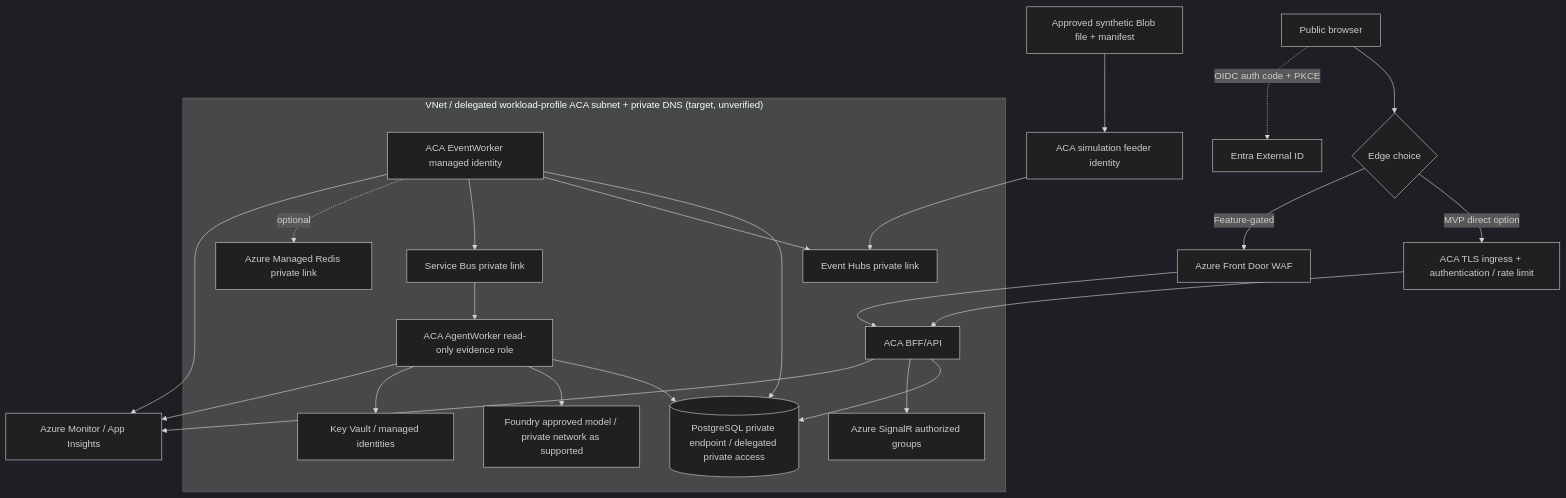
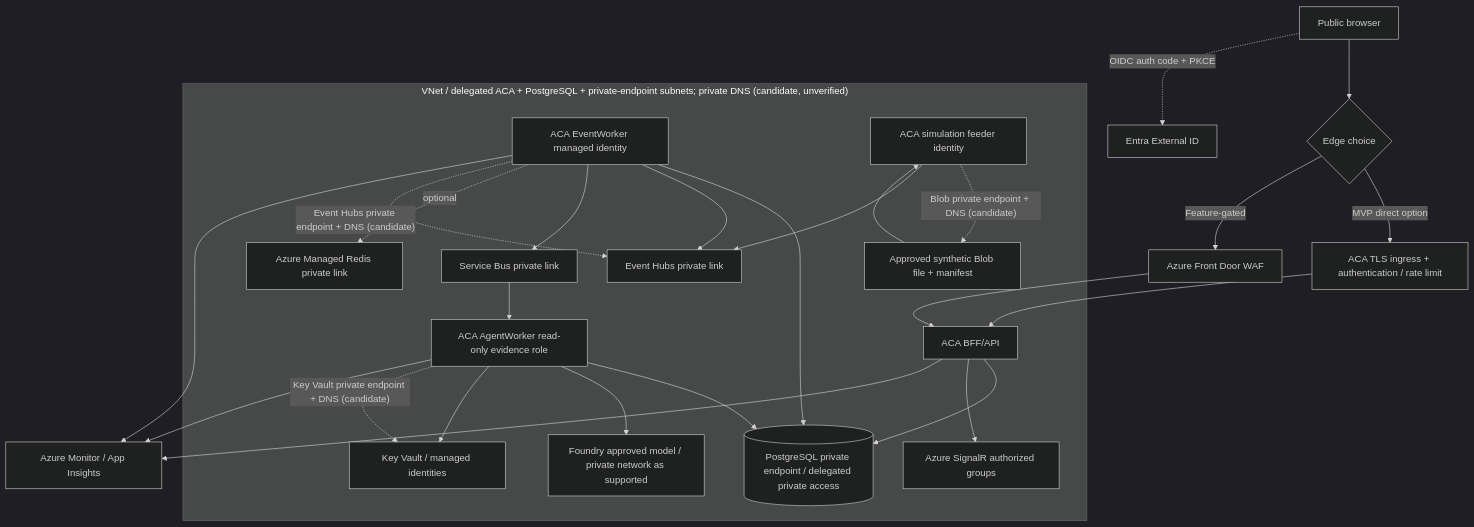
Before and after one commit to prateekgangopadhyay/PitchMind: the second of 2 diagrams in docs/architecture/04-deployment.md, drawn with Mermaid (dark theme). The commit also changed other lines of this file and 4 other files, not shown here.

Commit message:
feat(infra): add candidate private service paths

````diff
--- a/docs/architecture/04-deployment.md
+++ b/docs/architecture/04-deployment.md
@@ -23,26 +23,29 @@
 ```mermaid
 flowchart TB
   User["Public browser"] --> EDGE{"Edge choice"}
   EDGE -->|MVP direct option| DIRECT["ACA TLS ingress + authentication / rate limit"]
   EDGE -->|Feature-gated| WAF["Azure Front Door WAF"]
   WAF --> API["ACA BFF/API"]
   DIRECT --> API
   User -. "OIDC auth code + PKCE" .-> Entra["Entra External ID"]
-  subgraph Network["VNet / delegated workload-profile ACA subnet + private DNS (target, unverified)"]
+  subgraph Network["VNet / delegated ACA + PostgreSQL + private-endpoint subnets; private DNS (candidate, unverified)"]
     API --> PG[("PostgreSQL private endpoint / delegated private access")]
     API --> Signal["Azure SignalR authorized groups"]
     Worker["ACA EventWorker managed identity"] --> PG
     Worker --> EH["Event Hubs private link"]
     Worker --> SB["Service Bus private link"]
     Agent["ACA AgentWorker read-only evidence role"] --> PG
     Agent --> Foundry["Foundry approved model / private network as supported"]
     Worker -. "optional" .-> Redis["Azure Managed Redis private link"]
     Agent --> KV["Key Vault / managed identities"]
+    Feeder -. "Blob private endpoint + DNS (candidate)" .-> FEED
+    Agent -. "Key Vault private endpoint + DNS (candidate)" .-> KV
+    Worker -. "Event Hubs private endpoint + DNS (candidate)" .-> EH
   end
   FEED["Approved synthetic Blob file + manifest"] --> Feeder["ACA simulation feeder identity"]
   Feeder --> EH
   SB --> Agent
   API --> Monitor["Azure Monitor / App Insights"]
   Worker --> Monitor
   Agent --> Monitor
 ```
````
